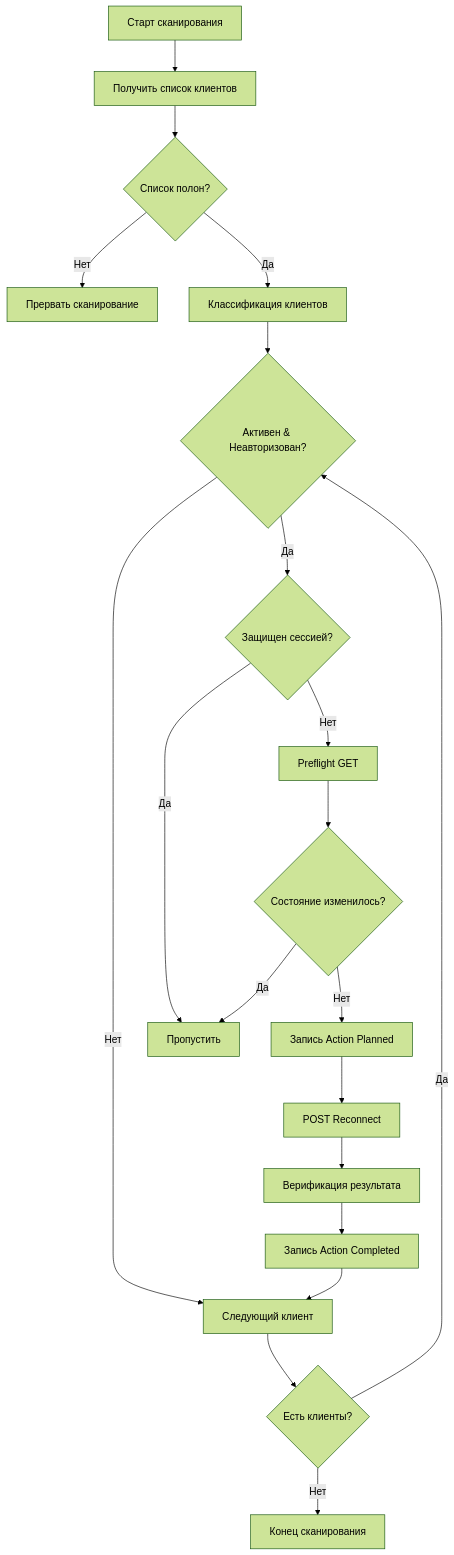
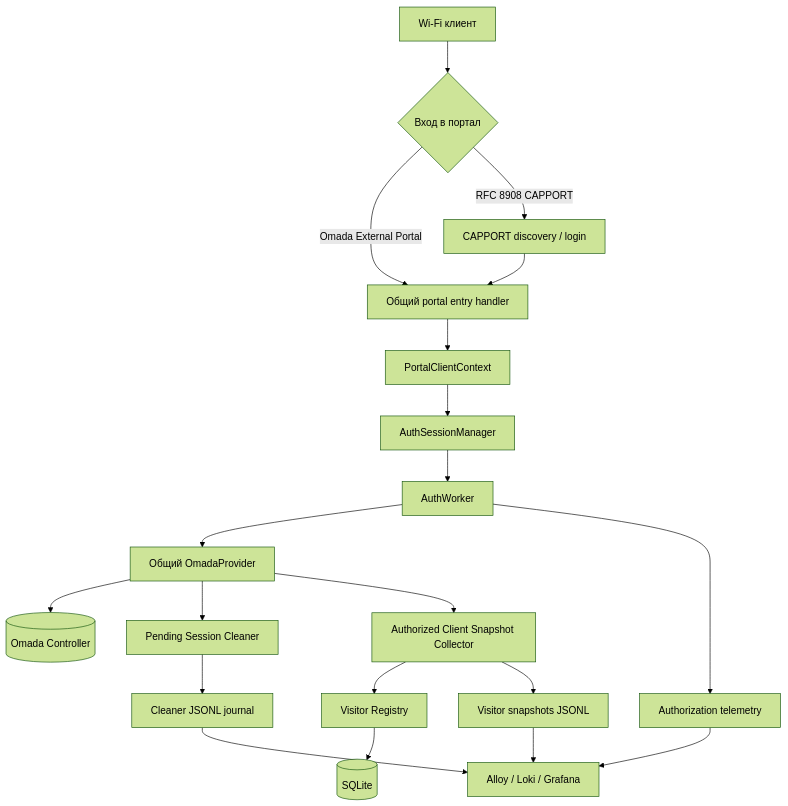
Before and after one commit to ZaurNavi/CaptivePortal: the first of 3 diagrams in README_RU.md, drawn with Mermaid (forest theme). The commit also changed other lines of this file, not shown here.

````diff
--- a/README_RU.md
+++ b/README_RU.md
@@ -114,27 +57,28 @@
 ```mermaid
 flowchart TD
-    Start[Старт сканирования] --> GetList[Получить список клиентов]
-    GetList --> Validate{Список полон?}
-    Validate -- Нет --> StopScan[Прервать сканирование]
-    Validate -- Да --> Classify[Классификация клиентов]
-    
-    Classify --> Filter{Активен & Неавторизован?}
-    Filter -- Нет --> NextClient[Следующий клиент]
-    Filter -- Да --> CheckProtect{Защищен сессией?}
-    
-    CheckProtect -- Да --> Skip[Пропустить]
-    CheckProtect -- Нет --> Preflight[Preflight GET]
-    
-    Preflight --> CheckAgain{Состояние изменилось?}
-    CheckAgain -- Да --> Skip
-    CheckAgain -- Нет --> Audit[Запись Action Planned]
-    
-    Audit --> PostReconnect[POST Reconnect]
-    PostReconnect --> Verify[Верификация результата]
-    Verify --> LogResult[Запись Action Completed]
-    
-    LogResult --> NextClient
-    NextClient --> More{Есть клиенты?}
-    More -- Да --> Filter
-    More -- Нет --> Finish[Конец сканирования]
+    Client[Wi-Fi клиент] --> Entry{Вход в портал}
+
+    Entry -->|Omada External Portal| Portal[Общий portal entry handler]
+    Entry -->|RFC 8908 CAPPORT| Capport[CAPPORT discovery / login]
+    Capport --> Portal
+
+    Portal --> Context[PortalClientContext]
+    Context --> Sessions[AuthSessionManager]
+    Sessions --> Worker[AuthWorker]
+    Worker --> Provider[Общий OmadaProvider]
+    Provider --> Controller[(Omada Controller)]
+
+    Provider --> Cleaner[Pending Session Cleaner]
+    Provider --> Snapshots[Authorized Client Snapshot Collector]
+
+    Snapshots --> Registry[Visitor Registry]
+    Registry --> SQLite[(SQLite)]
+
+    Worker --> Telemetry[Authorization telemetry]
+    Cleaner --> CleanerJournal[Cleaner JSONL journal]
+    Snapshots --> SnapshotJournal[Visitor snapshots JSONL]
+
+    Telemetry --> Observability[Alloy / Loki / Grafana]
+    SnapshotJournal --> Observability
+    CleanerJournal --> Observability
 ```
````
